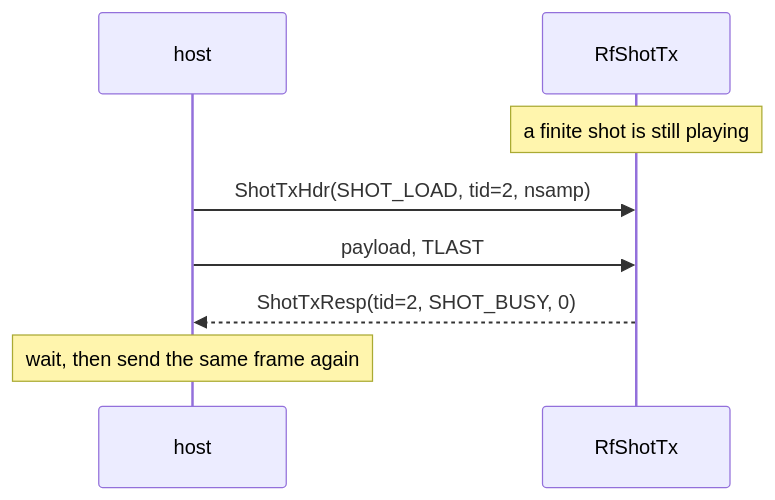
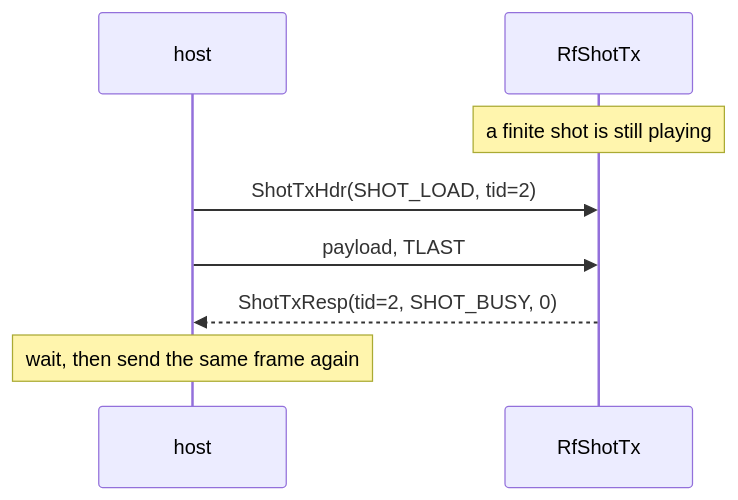
The third of 3 diagrams in docs/guide/rf/rfshotbuf/tx.md (sdrangan/waveflow), drawn with Mermaid before and after one commit. The commit also changed other lines of this file and 19 other files, not shown here.

````diff
--- a/docs/guide/rf/rfshotbuf/tx.md
+++ b/docs/guide/rf/rfshotbuf/tx.md
@@ -201,10 +212,10 @@
 ```mermaid
 sequenceDiagram
     participant H as host
     participant T as RfShotTx
     Note over T: a finite shot is still playing
-    H->>T: ShotTxHdr(SHOT_LOAD, tid=2, nsamp)
+    H->>T: ShotTxHdr(SHOT_LOAD, tid=2)
     H->>T: payload, TLAST
     T-->>H: ShotTxResp(tid=2, SHOT_BUSY, 0)
     Note over H: wait, then send the same frame again
 ```
````
